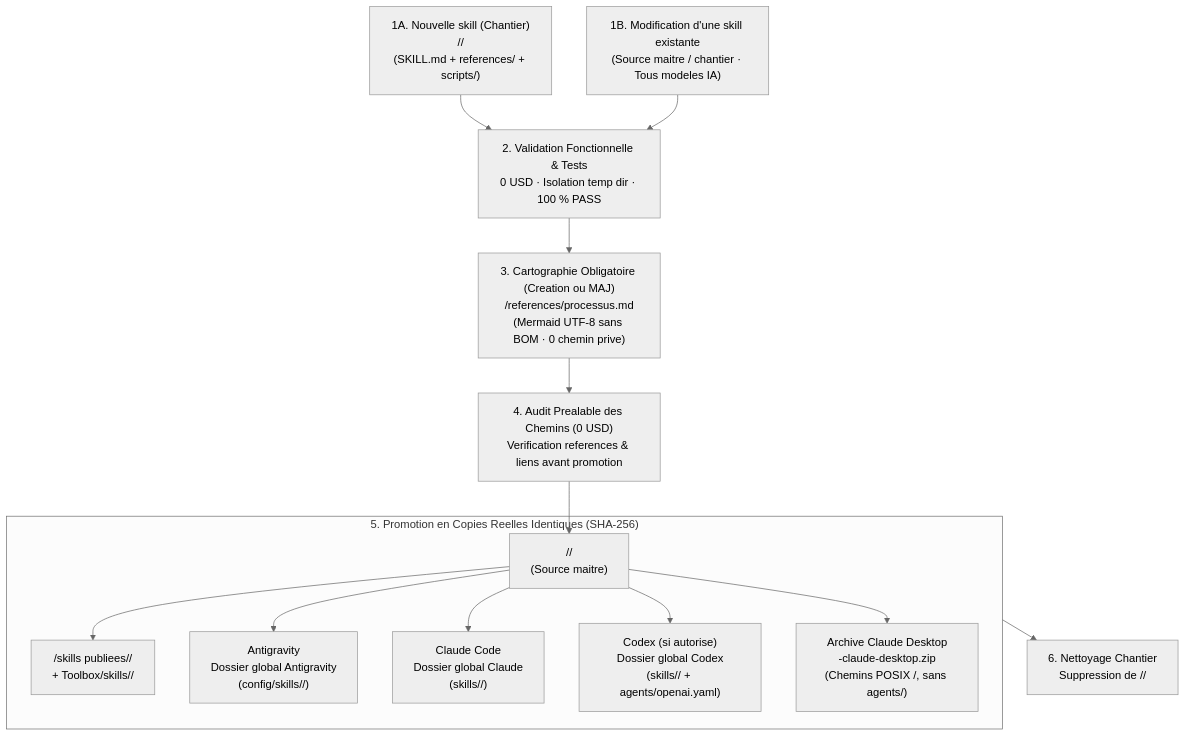
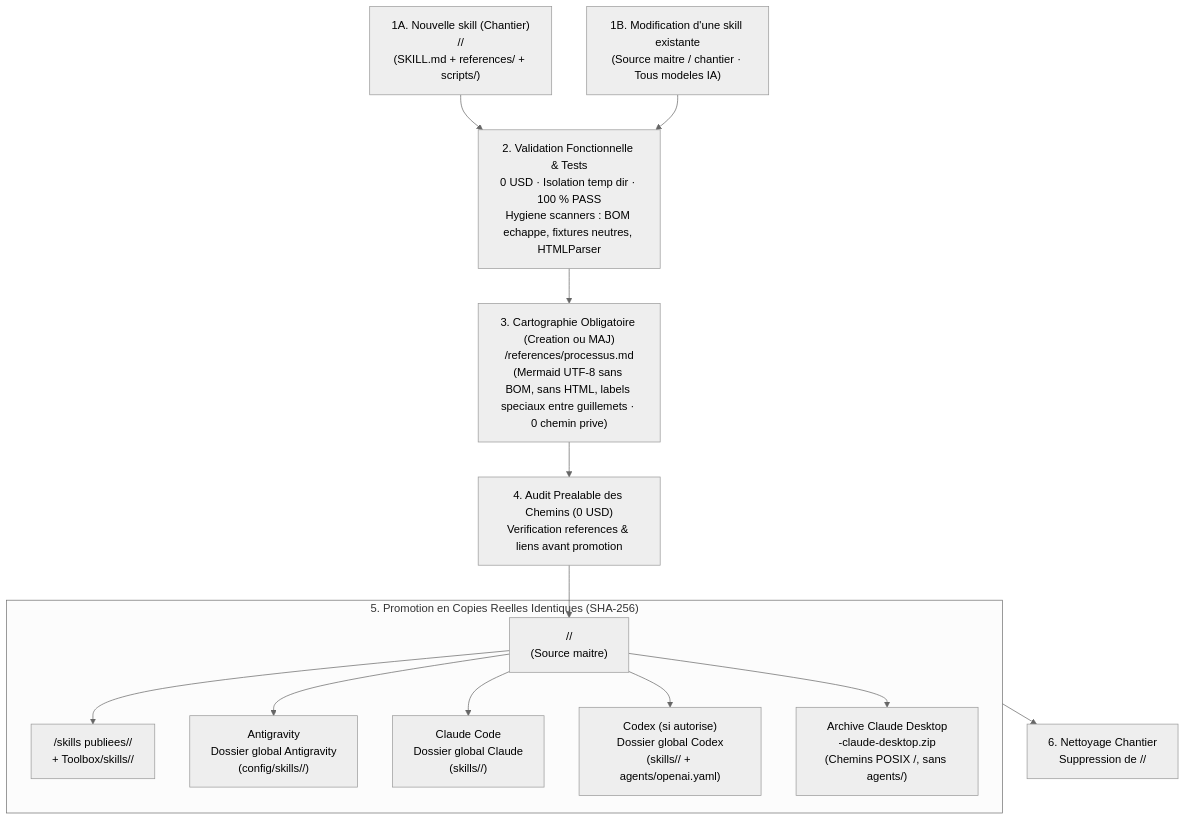
The first of 2 diagrams in skills/mon-standard-skill/references/processus.md (Melkyzedec/Toolbox), drawn with Mermaid (neutral theme) before and after one commit. The commit also changed other lines of this file and 5 other files, not shown here.

Commit message:
docs(skills): checklist Windows 6 points, hygiene scanners, Squash noreply et seuil mutation 80% (#12)

````diff
--- a/skills/mon-standard-skill/references/processus.md
+++ b/skills/mon-standard-skill/references/processus.md
@@ -9,30 +9,30 @@
 ```mermaid
 flowchart TB
     DEV["1A. Nouvelle skill (Chantier)\n<zone-chantier>/<nom>/\n(SKILL.md + references/ + scripts/)"]
     MOD["1B. Modification d'une skill existante\n(Source maitre / chantier · Tous modeles IA)"]
-    TESTS["2. Validation Fonctionnelle & Tests\n0 USD · Isolation temp dir · 100 % PASS"]
-    MAP["3. Cartographie Obligatoire (Creation ou MAJ)\n<dossier-skill>/references/processus.md\n(Mermaid UTF-8 sans BOM · 0 chemin prive)"]
+    TESTS["2. Validation Fonctionnelle & Tests\n0 USD · Isolation temp dir · 100 % PASS\nHygiene scanners : BOM echappe, fixtures neutres, HTMLParser"]
+    MAP["3. Cartographie Obligatoire (Creation ou MAJ)\n<dossier-skill>/references/processus.md\n(Mermaid UTF-8 sans BOM, sans HTML, labels speciaux entre guillemets · 0 chemin prive)"]
     AUDIT["4. Audit Prealable des Chemins (0 USD)\nVerification references & liens avant promotion"]
 
     subgraph Promo["5. Promotion en Copies Reelles Identiques (SHA-256)"]
         PERSO["<catalogue-personnel>/<nom>/\n(Source maitre)"]
         PUB["<projets-root>/skills publiees/<nom>/\n+ Toolbox/skills/<nom>/"]
         AGY["Antigravity\nDossier global Antigravity\n(config/skills/<nom>/)"]
         CLAUDE["Claude Code\nDossier global Claude\n(skills/<nom>/)"]
         CODEX["Codex (si autorise)\nDossier global Codex\n(skills/<nom>/ + agents/openai.yaml)"]
         ZIP["Archive Claude Desktop\n<nom>-claude-desktop.zip\n(Chemins POSIX /, sans agents/)"]
     end
 
     CLEAN["6. Nettoyage Chantier\nSuppression de <zone-chantier>/<nom>/"]
 
     DEV --> TESTS
     MOD --> TESTS
     TESTS --> MAP --> AUDIT
     AUDIT --> PERSO
     PERSO --> PUB
     PERSO --> AGY
     PERSO --> CLAUDE
     PERSO --> CODEX
     PERSO --> ZIP
     Promo --> CLEAN
 ```
````
